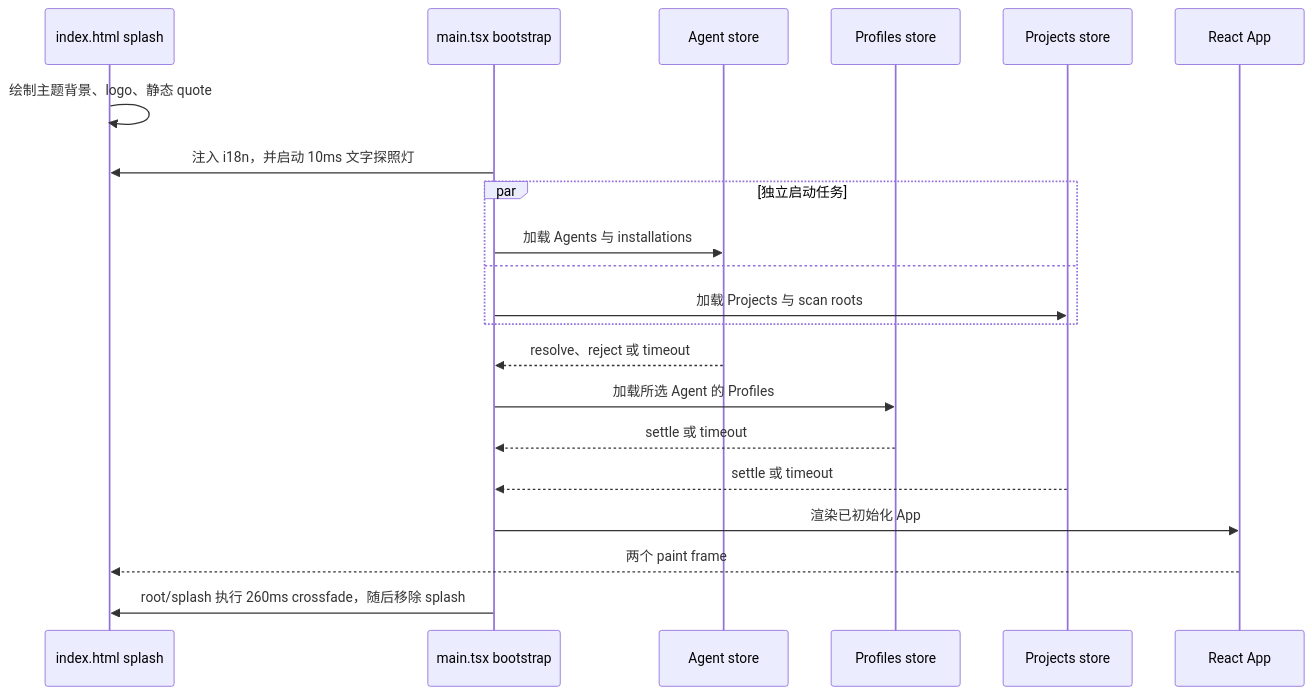
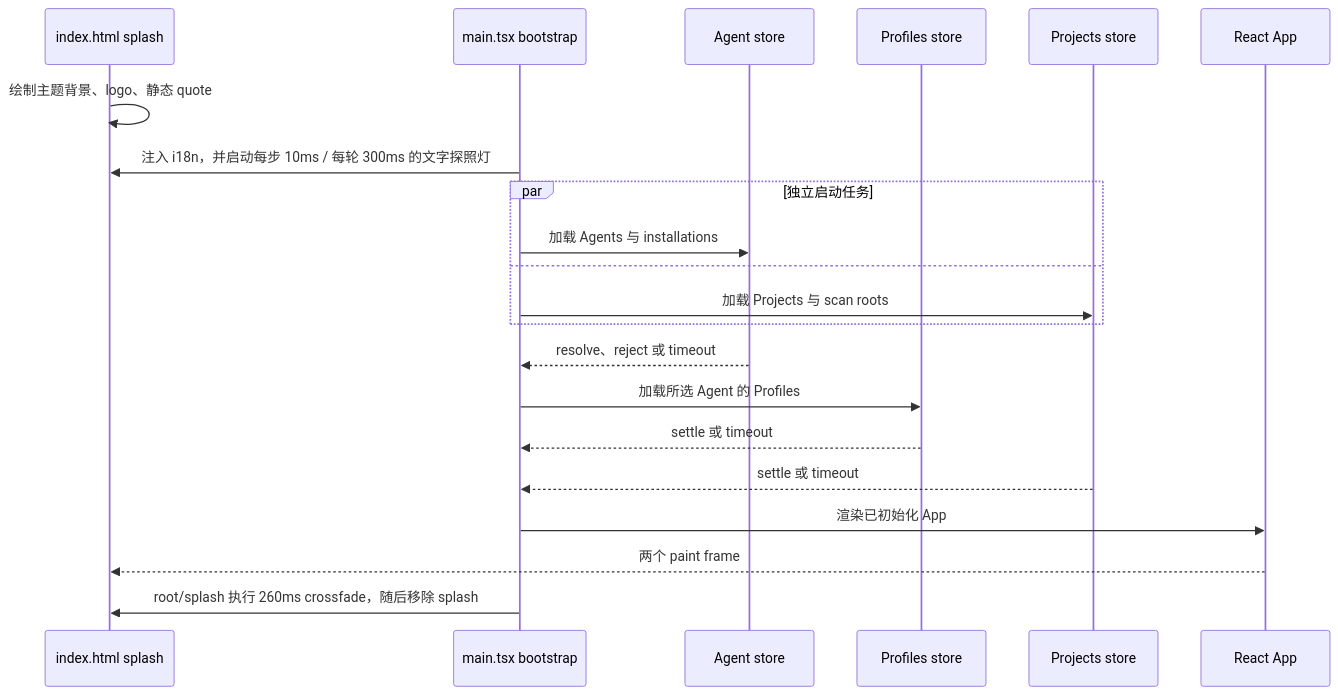
Before and after one commit to taobaorun/ad: the diagram in docs/plans/2026-07-17-001-feat-branded-startup-loading-plan.md, drawn with Mermaid. The commit also changed other lines of this file and 5 other files, not shown here.

````diff
--- a/docs/plans/2026-07-17-001-feat-branded-startup-loading-plan.md
+++ b/docs/plans/2026-07-17-001-feat-branded-startup-loading-plan.md
@@ -87,23 +87,23 @@
 ```mermaid
 sequenceDiagram
   participant H as index.html splash
   participant M as main.tsx bootstrap
   participant A as Agent store
   participant P as Profiles store
   participant J as Projects store
   participant UI as React App
   H->>H: 绘制主题背景、logo、静态 quote
-  M->>H: 注入 i18n，并启动 10ms 文字探照灯
+  M->>H: 注入 i18n，并启动每步 10ms / 每轮 300ms 的文字探照灯
   par 独立启动任务
     M->>A: 加载 Agents 与 installations
   and
     M->>J: 加载 Projects 与 scan roots
   end
   A-->>M: resolve、reject 或 timeout
   M->>P: 加载所选 Agent 的 Profiles
   P-->>M: settle 或 timeout
   J-->>M: settle 或 timeout
   M->>UI: 渲染已初始化 App
   UI-->>H: 两个 paint frame
   M->>H: root/splash 执行 260ms crossfade，随后移除 splash
 ```
````
